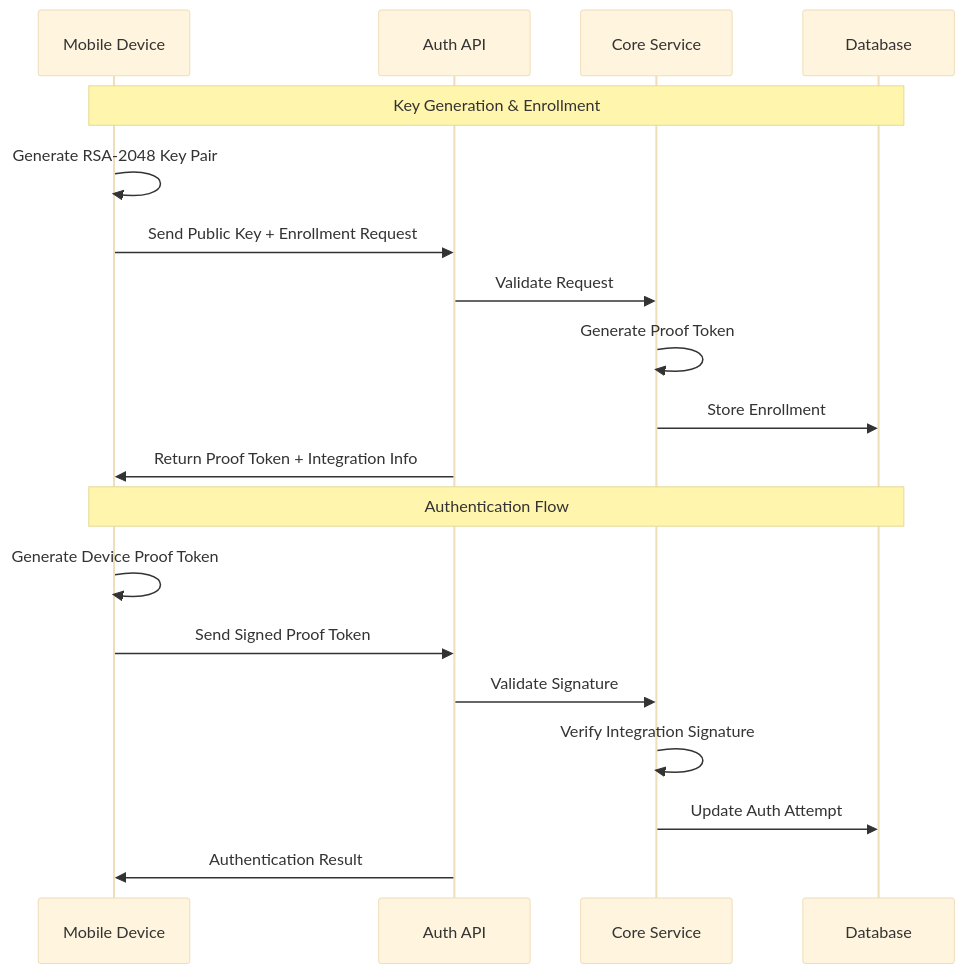
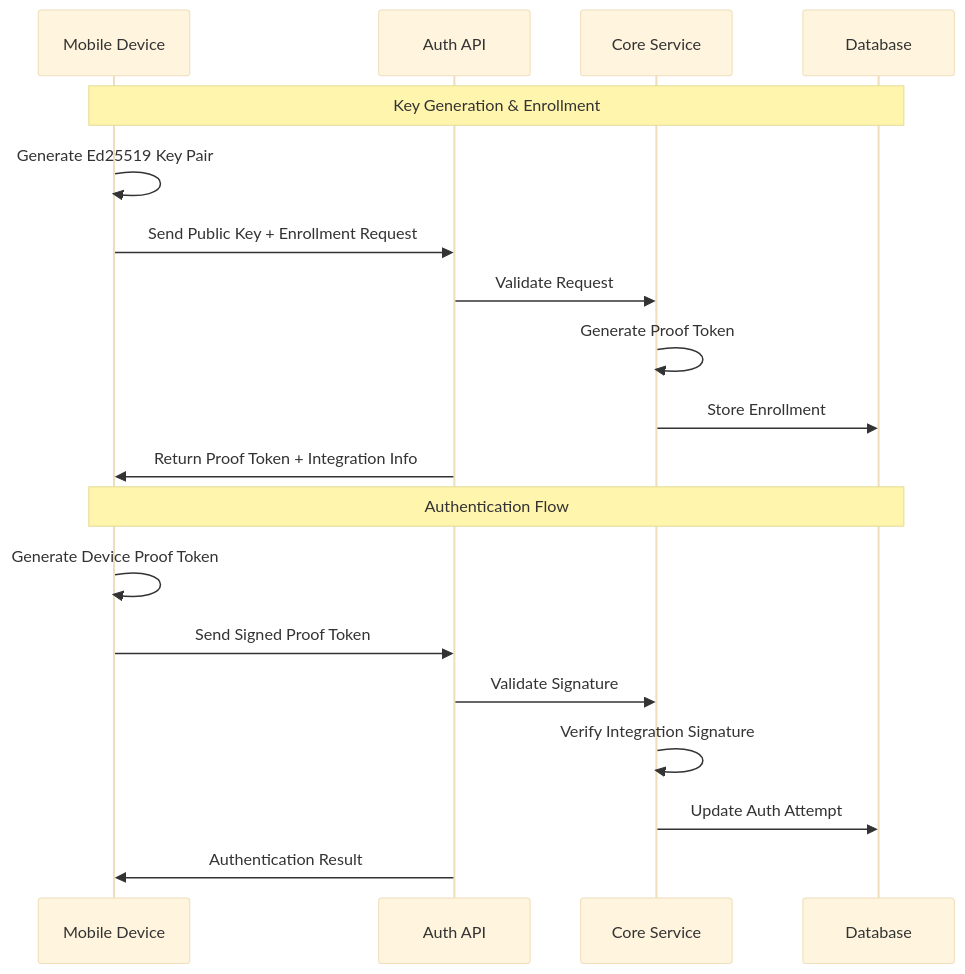
One commit to mgagp/ezkey changed the tenth of 11 diagrams in README.md. Above: the diagram before and after it, drawn with Mermaid (base theme). The commit also changed other lines of this file and 35 other files, not shown here.

````diff
--- a/README.md
+++ b/README.md
@@ -389,23 +389,23 @@
 ```mermaid
 sequenceDiagram
     participant Device as Mobile Device
     participant Auth as Auth API
     participant Core as Core Service
     participant DB as Database
     
     Note over Device,DB: Key Generation & Enrollment
-    Device->>Device: Generate RSA-2048 Key Pair
+    Device->>Device: Generate Ed25519 Key Pair
     Device->>Auth: Send Public Key + Enrollment Request
     Auth->>Core: Validate Request
     Core->>Core: Generate Proof Token
     Core->>DB: Store Enrollment
     Auth->>Device: Return Proof Token + Integration Info
     
     Note over Device,DB: Authentication Flow
     Device->>Device: Generate Device Proof Token
     Device->>Auth: Send Signed Proof Token
     Auth->>Core: Validate Signature
     Core->>Core: Verify Integration Signature
     Core->>DB: Update Auth Attempt
     Auth->>Device: Authentication Result
 ```
````
